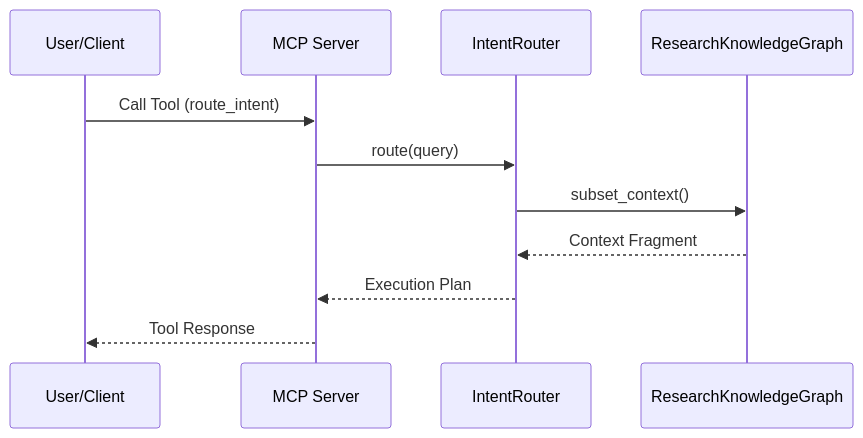
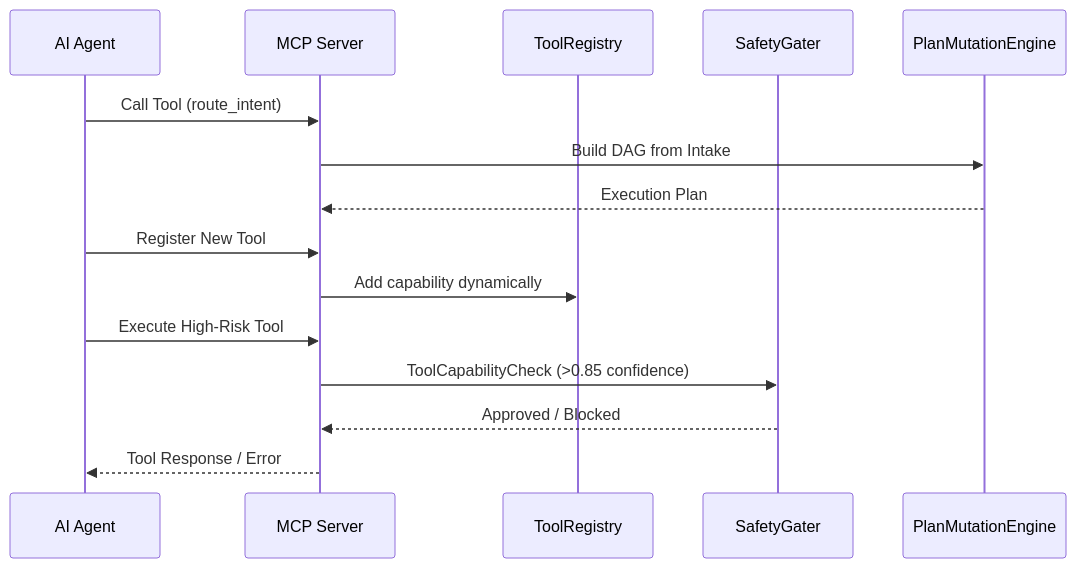
Before and after one commit to VibhavSetlur/Research_Copilot: the diagram in docs/MCP_INTEGRATION.md, drawn with Mermaid. The commit also changed other lines of this file and 33 other files, not shown here.

````diff
--- a/docs/MCP_INTEGRATION.md
+++ b/docs/MCP_INTEGRATION.md
@@ -5,14 +9,20 @@
 ```mermaid
 sequenceDiagram
-    participant User/Client
+    participant AI Agent
     participant MCP Server
-    participant IntentRouter
-    participant ResearchKnowledgeGraph
+    participant ToolRegistry
+    participant SafetyGater
+    participant PlanMutationEngine
 
-    User/Client->>MCP Server: Call Tool (route_intent)
-    MCP Server->>IntentRouter: route(query)
-    IntentRouter->>ResearchKnowledgeGraph: subset_context()
-    ResearchKnowledgeGraph-->>IntentRouter: Context Fragment
-    IntentRouter-->>MCP Server: Execution Plan
-    MCP Server-->>User/Client: Tool Response
+    AI Agent->>MCP Server: Call Tool (route_intent)
+    MCP Server->>PlanMutationEngine: Build DAG from Intake
+    PlanMutationEngine-->>MCP Server: Execution Plan
+    
+    AI Agent->>MCP Server: Register New Tool
+    MCP Server->>ToolRegistry: Add capability dynamically
+    
+    AI Agent->>MCP Server: Execute High-Risk Tool
+    MCP Server->>SafetyGater: ToolCapabilityCheck (>0.85 confidence)
+    SafetyGater-->>MCP Server: Approved / Blocked
+    MCP Server-->>AI Agent: Tool Response / Error
 ```
````
